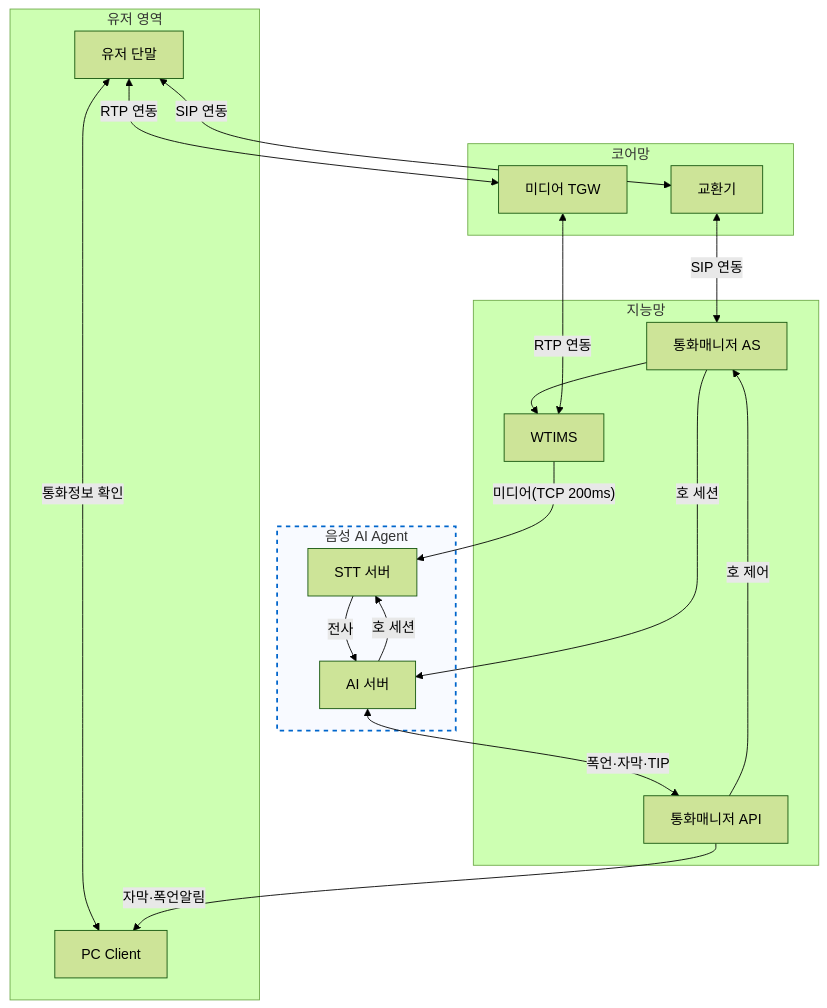
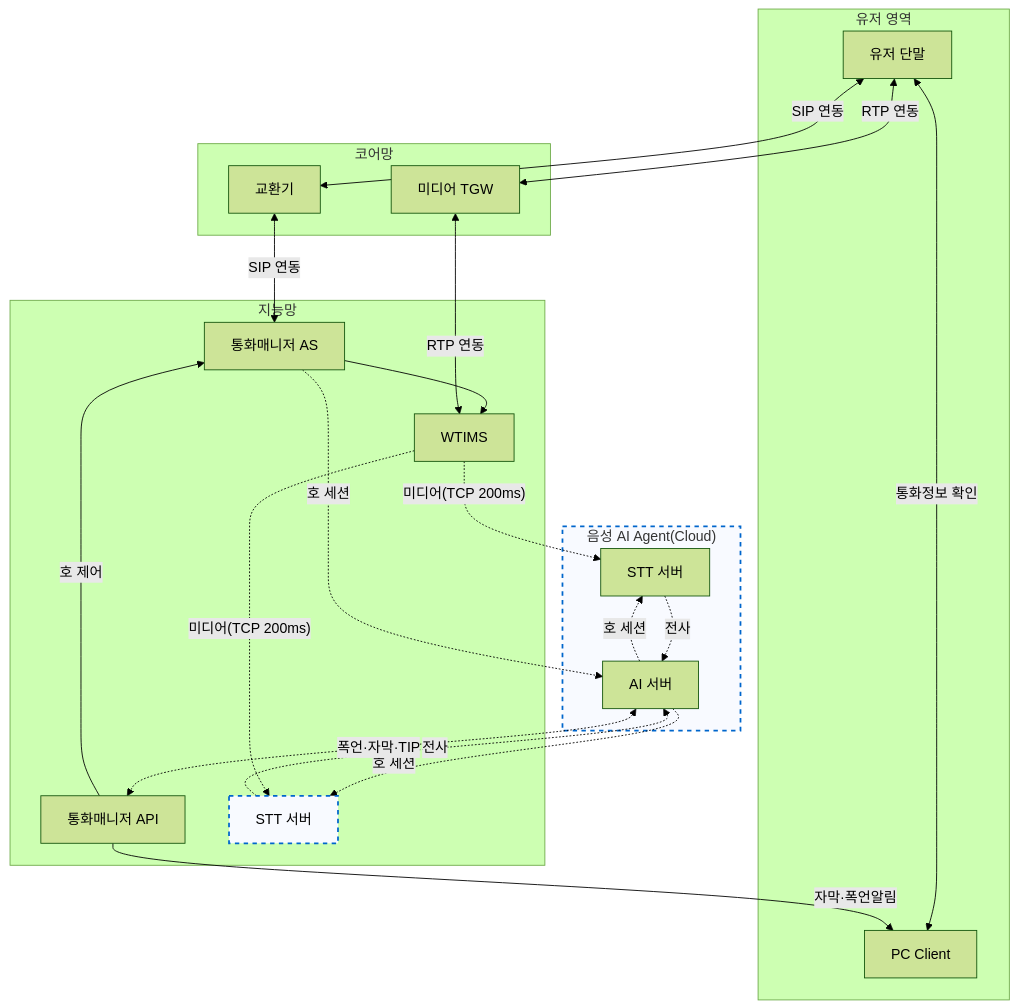
The diagram in docs/architecture/stt-agent-integration-options.md (hak023/sip_pbx), drawn with Mermaid (forest theme) before and after one commit.

Commit message:
docs: Add IN_STT, rename Cloud Agent, use dashed lines for new integrations

````diff
--- a/docs/architecture/stt-agent-integration-options.md
+++ b/docs/architecture/stt-agent-integration-options.md
@@ -4,40 +4,50 @@
 ```mermaid
 flowchart TB
     subgraph USER_AREA["유저 영역"]
         USER[유저 단말]
         PC[PC Client]
     end
 
     subgraph CORE_NET["코어망"]
         EX[교환기]
         TGW[미디어 TGW]
     end
 
     subgraph CORE["지능망"]
         CM[통화매니저 AS]
         WT[WTIMS]
         CM_API[통화매니저 API]
+        IN_STT[STT 서버]
+        style IN_STT fill:#f8faff,stroke:#0066cc,stroke-width:2px,stroke-dasharray: 5 5
     end
 
-    subgraph NEW_STT["음성 AI Agent"]
+    subgraph NEW_STT["음성 AI Agent(Cloud)"]
         style NEW_STT fill:#f8faff,stroke:#0066cc,stroke-width:2px,stroke-dasharray: 5 5
         
         STT[STT 서버]
         RT[AI 서버]
     end
 
     EX <-->|SIP 연동| CM
     CM --> WT
     USER <-->|SIP 연동| EX
     USER <-->|RTP 연동| TGW
     TGW <-->|RTP 연동| WT
     USER <-->|통화정보 확인| PC
 
-    CM -->|호 세션| RT
-    RT -->|호 세션| STT
-    WT -->|"미디어(TCP 200ms)"| STT
-    STT -->|전사| RT
-    RT <-->|폭언·자막·TIP| CM_API
+    %% 신규 연동 구간 (Cloud STT)
+    CM -.->|호 세션| RT
+    RT -.->|호 세션| STT
+    WT -.->|"미디어(TCP 200ms)"| STT
+    STT -.->|전사| RT
+
+    %% 신규 연동 구간 (지능망 내 STT)
+    RT -.->|호 세션| IN_STT
+    WT -.->|"미디어(TCP 200ms)"| IN_STT
+    IN_STT -.->|전사| RT
+
+    %% AI Agent 연동
+    RT <-.->|폭언·자막·TIP| CM_API
     CM_API -->|호 제어| CM
     CM_API -->|자막·폭언알림| PC
 ```
````
